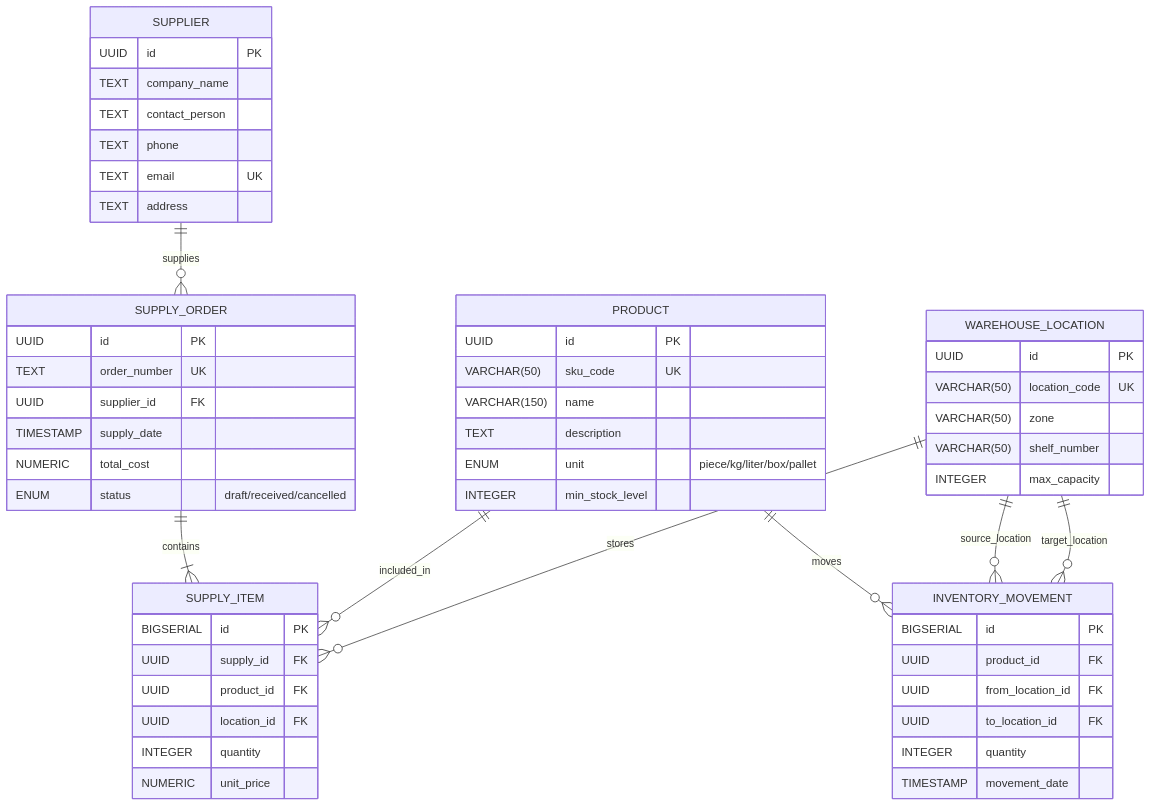
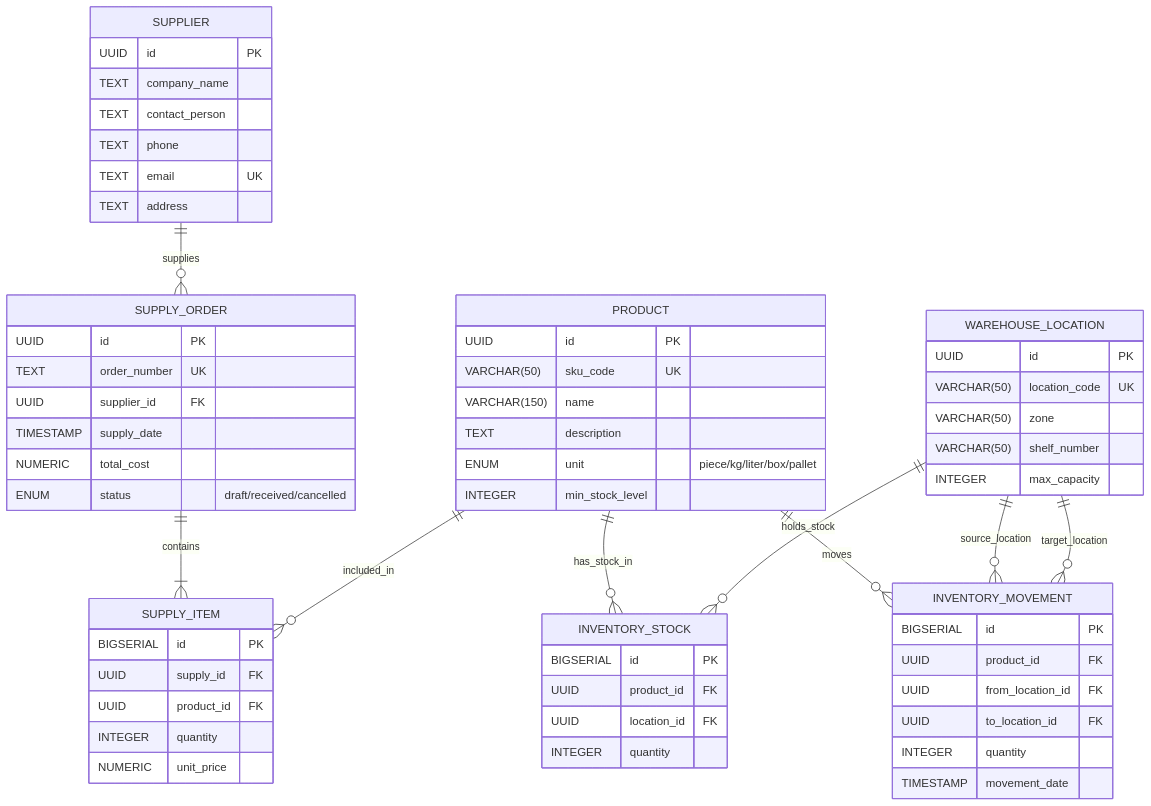
One commit to Stefect/BD changed the diagram in diagram.mmd. Above: the diagram before and after it, drawn with Mermaid. The commit also changed 2 other files, not shown here.

```diff
--- a/diagram.mmd
+++ b/diagram.mmd
@@ -1,61 +1,68 @@
 erDiagram
     SUPPLIER ||--o{ SUPPLY_ORDER : "supplies"
     SUPPLY_ORDER ||--|{ SUPPLY_ITEM : "contains"
     PRODUCT ||--o{ SUPPLY_ITEM : "included_in"
-    WAREHOUSE_LOCATION ||--o{ SUPPLY_ITEM : "stores"
+    PRODUCT ||--o{ INVENTORY_STOCK : "has_stock_in"
+    WAREHOUSE_LOCATION ||--o{ INVENTORY_STOCK : "holds_stock"
     PRODUCT ||--o{ INVENTORY_MOVEMENT : "moves"
     WAREHOUSE_LOCATION ||--o{ INVENTORY_MOVEMENT : "source_location"
     WAREHOUSE_LOCATION ||--o{ INVENTORY_MOVEMENT : "target_location"
 
     SUPPLIER {
         UUID id PK
         TEXT company_name
         TEXT contact_person
         TEXT phone
         TEXT email UK
         TEXT address
     }
 
     SUPPLY_ORDER {
         UUID id PK
         TEXT order_number UK
         UUID supplier_id FK
         TIMESTAMP supply_date
         NUMERIC total_cost
         ENUM status "draft/received/cancelled"
     }
 
     SUPPLY_ITEM {
         BIGSERIAL id PK
         UUID supply_id FK
         UUID product_id FK
-        UUID location_id FK
         INTEGER quantity
         NUMERIC unit_price
     }
 
     PRODUCT {
         UUID id PK
         VARCHAR(50) sku_code UK
         VARCHAR(150) name
         TEXT description
         ENUM unit "piece/kg/liter/box/pallet"
         INTEGER min_stock_level
     }
 
     WAREHOUSE_LOCATION {
         UUID id PK
         VARCHAR(50) location_code UK
         VARCHAR(50) zone
         VARCHAR(50) shelf_number
         INTEGER max_capacity
     }
 
+    INVENTORY_STOCK {
+        BIGSERIAL id PK
+        UUID product_id FK
+        UUID location_id FK
+        INTEGER quantity
+    }
+
     INVENTORY_MOVEMENT {
         BIGSERIAL id PK
         UUID product_id FK
         UUID from_location_id FK
         UUID to_location_id FK
         INTEGER quantity
         TIMESTAMP movement_date
     }
```
